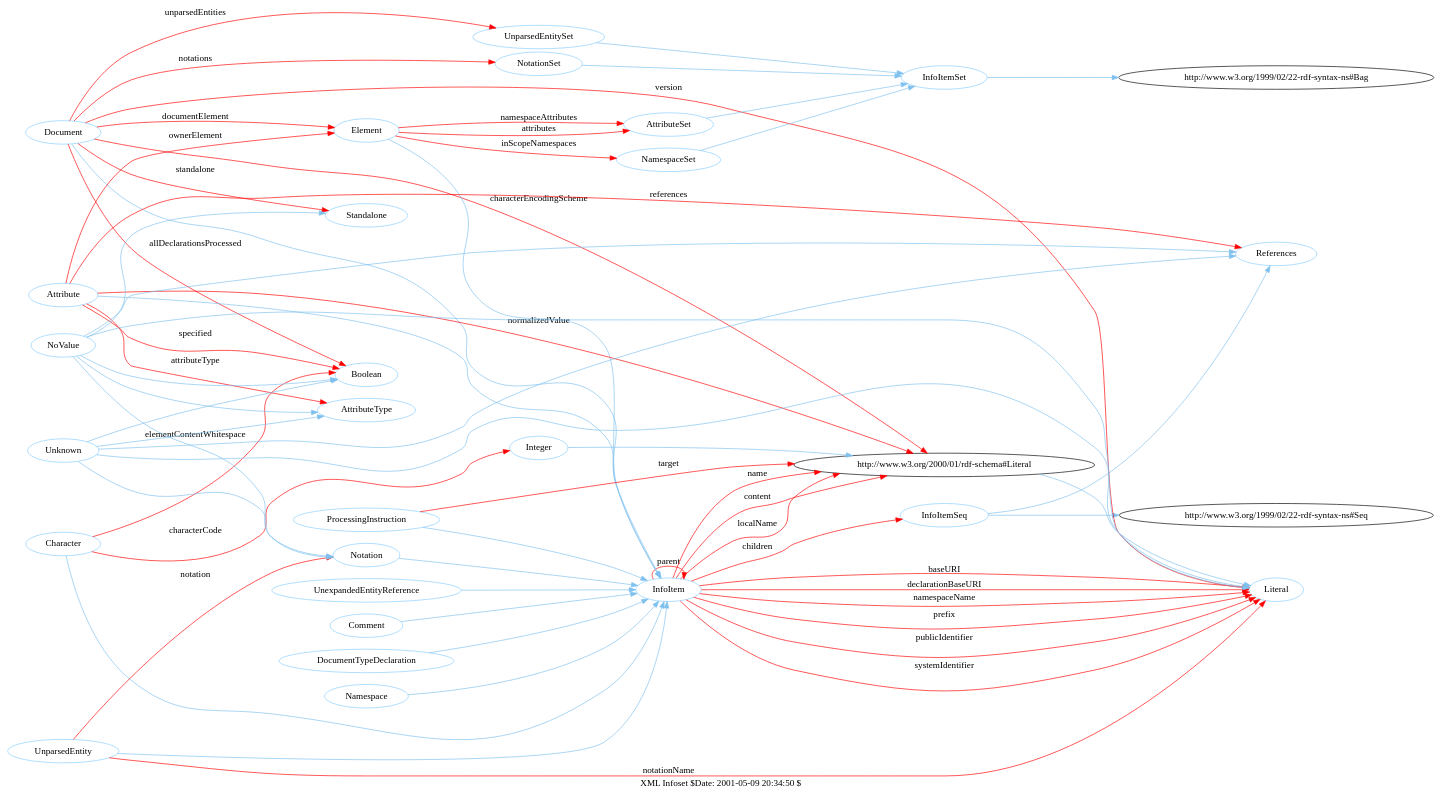
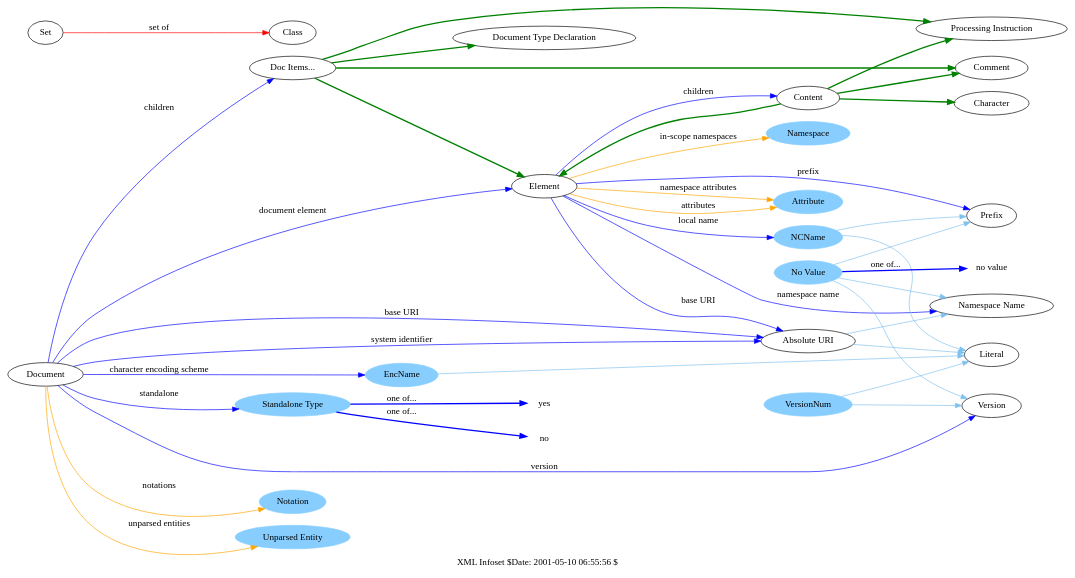
Before and after one commit to sbp/cwm: the diagram in infoset/infoset-diagram.dot, drawn with Graphviz. The commit also changed 3 other files, not shown here.

```diff
--- a/infoset/infoset-diagram.dot
+++ b/infoset/infoset-diagram.dot
@@ -1,301 +1,229 @@
 /* transformed by by Id: rdf2dot.xsl,v 1.10 2001/05/09 20:29:01 connolly Exp  */
-digraph N628 {
-label="XML Infoset $Date: 2001-05-09 20:34:50 $";
+digraph N957 {
+label="XML Infoset $Date: 2001-05-10 06:55:56 $";
 rankdir="LR";
-"http://www.w3.org/2001/04/infoset#InfoItem" [color="skyblue1",
-label="InfoItem",
+"http://www.w3.org/2001/04/infoset#Document" [label="Document",
 ];
-"http://www.w3.org/2001/04/infoset#InfoItem" -> "http://www.w3.org/2001/04/infoset#Literal" [ /* edge attributes */
-label="baseURI",
+"http://www.w3.org/2001/04/infoset#Document" -> "mid:infosetUtil#DocChildren" [ /* edge attributes */
+label="children",
+color="blue",
+];
+"http://www.w3.org/2001/04/infoset#Document" -> "http://www.w3.org/2001/04/infoset#Element" [ /* edge attributes */
+label="document element",
+color="blue",
+];
+"http://www.w3.org/2001/04/infoset#Document" -> "mid:infosetUtil#AbsoluteURI" [ /* edge attributes */
+label="base URI",
+color="blue",
+];
+"http://www.w3.org/2001/04/infoset#Document" -> "mid:infosetUtil#AbsoluteURI" [ /* edge attributes */
+label="system identifier",
+color="blue",
+];
+"http://www.w3.org/2001/04/infoset#Document" -> "mid:infosetUtil#EncName" [ /* edge attributes */
+label="character encoding scheme",
+color="blue",
+];
+"http://www.w3.org/2001/04/infoset#Document" -> "mid:infosetUtil#StandAloneType" [ /* edge attributes */
+label="standalone",
+color="blue",
+];
+"http://www.w3.org/2001/04/infoset#Document" -> "http://www.w3.org/2001/04/infoset#Version" [ /* edge attributes */
+label="version",
+color="blue",
+];
+"http://www.w3.org/2001/04/infoset#Document" -> "http://www.w3.org/2001/04/infoset#Notation" [ /* edge attributes */
+label="notations",
+color="orange",
+];
+"http://www.w3.org/2001/04/infoset#Document" -> "http://www.w3.org/2001/04/infoset#UnparsedEntity" [ /* edge attributes */
+label="unparsed entities",
+color="orange",
+];
+"mid:infosetUtil#Set" [label="Set",
+];
+"mid:infosetUtil#Set" -> "http://www.w3.org/2000/01/rdf-schema#Class" [ /* edge attributes */
+label="set of",
 color="red",
 ];
-"http://www.w3.org/2001/04/infoset#InfoItem" -> "http://www.w3.org/2001/04/infoset#InfoItemSeq" [ /* edge attributes */
+"http://www.w3.org/2000/01/rdf-schema#Class" [label="Class",
+];
+"mid:infosetUtil#DocChildren" [label="Doc Items...",
+];
+"mid:infosetUtil#DocChildren" -> "http://www.w3.org/2001/04/infoset#Element" [ /* edge attributes */
+color="green",
+style="bold",
+];
+"mid:infosetUtil#DocChildren" -> "http://www.w3.org/2001/04/infoset#ProcessingInstruction" [ /* edge attributes */
+color="green",
+style="bold",
+];
+"mid:infosetUtil#DocChildren" -> "http://www.w3.org/2001/04/infoset#Comment" [ /* edge attributes */
+color="green",
+style="bold",
+];
+"mid:infosetUtil#DocChildren" -> "http://www.w3.org/2001/04/infoset#DocumentTypeDeclaration" [ /* edge attributes */
+color="green",
+style="bold",
+];
+"http://www.w3.org/2001/04/infoset#Element" [label="Element",
+];
+"http://www.w3.org/2001/04/infoset#Element" -> "mid:infosetUtil#Content" [ /* edge attributes */
 label="children",
-color="red",
+color="blue",
 ];
-"http://www.w3.org/2001/04/infoset#InfoItem" -> "http://www.w3.org/2000/01/rdf-schema#Literal" [ /* edge attributes */
-label="content",
-color="red",
+"http://www.w3.org/2001/04/infoset#Element" -> "mid:infosetUtil#AbsoluteURI" [ /* edge attributes */
+label="base URI",
+color="blue",
 ];
-"http://www.w3.org/2001/04/infoset#InfoItem" -> "http://www.w3.org/2001/04/infoset#Literal" [ /* edge attributes */
-label="declarationBaseURI",
-color="red",
+"http://www.w3.org/2001/04/infoset#Element" -> "mid:infosetUtil#NamespaceName" [ /* edge attributes */
+label="namespace name",
+color="blue",
 ];
-"http://www.w3.org/2001/04/infoset#InfoItem" -> "http://www.w3.org/2000/01/rdf-schema#Literal" [ /* edge attributes */
-label="localName",
-color="red",
+"http://www.w3.org/2001/04/infoset#Element" -> "mid:infosetUtil#NCName" [ /* edge attributes */
+label="local name",
+color="blue",
 ];
-"http://www.w3.org/2001/04/infoset#InfoItem" -> "http://www.w3.org/2000/01/rdf-schema#Literal" [ /* edge attributes */
-label="name",
-color="red",
+"http://www.w3.org/2001/04/infoset#Element" -> "mid:infosetUtil#Prefix" [ /* edge attributes */
+label="prefix",
+color="blue",
 ];
-"http://www.w3.org/2001/04/infoset#InfoItem" -> "http://www.w3.org/2001/04/infoset#Literal" [ /* edge attributes */
-label="namespaceName",
-color="red",
+"http://www.w3.org/2001/04/infoset#Element" -> "http://www.w3.org/2001/04/infoset#Attribute" [ /* edge attributes */
+label="attributes",
+color="orange",
 ];
-"http://www.w3.org/2001/04/infoset#InfoItem" -> "http://www.w3.org/2001/04/infoset#InfoItem" [ /* edge attributes */
-label="parent",
-color="red",
+"http://www.w3.org/2001/04/infoset#Element" -> "http://www.w3.org/2001/04/infoset#Attribute" [ /* edge attributes */
+label="namespace attributes",
+color="orange",
 ];
-"http://www.w3.org/2001/04/infoset#InfoItem" -> "http://www.w3.org/2001/04/infoset#Literal" [ /* edge attributes */
-label="prefix",
-color="red",
+"http://www.w3.org/2001/04/infoset#Element" -> "http://www.w3.org/2001/04/infoset#Namespace" [ /* edge attributes */
+label="in-scope namespaces",
+color="orange",
 ];
-"http://www.w3.org/2001/04/infoset#InfoItem" -> "http://www.w3.org/2001/04/infoset#Literal" [ /* edge attributes */
-label="publicIdentifier",
-color="red",
+"mid:infosetUtil#Content" [label="Content",
 ];
-"http://www.w3.org/2001/04/infoset#InfoItem" -> "http://www.w3.org/2001/04/infoset#Literal" [ /* edge attributes */
-label="systemIdentifier",
-color="red",
+"mid:infosetUtil#Content" -> "http://www.w3.org/2001/04/infoset#Element" [ /* edge attributes */
+color="green",
+style="bold",
 ];
-"http://www.w3.org/2001/04/infoset#Document" [color="skyblue1",
-label="Document",
+"mid:infosetUtil#Content" -> "http://www.w3.org/2001/04/infoset#ProcessingInstruction" [ /* edge attributes */
+color="green",
+style="bold",
 ];
-"http://www.w3.org/2001/04/infoset#Document" -> "http://www.w3.org/2001/04/infoset#InfoItem" [ /* edge attributes */
+"mid:infosetUtil#Content" -> "http://www.w3.org/2001/04/infoset#Character" [ /* edge attributes */
+color="green",
+style="bold",
+];
+"mid:infosetUtil#Content" -> "http://www.w3.org/2001/04/infoset#Comment" [ /* edge attributes */
+color="green",
+style="bold",
+];
+"mid:infosetUtil#AbsoluteURI" [label="Absolute URI",
+];
+"mid:infosetUtil#AbsoluteURI" -> "http://www.w3.org/2000/01/rdf-schema#Literal" [ /* edge attributes */
 color="skyblue2",
 ];
-"http://www.w3.org/2001/04/infoset#Document" -> "http://www.w3.org/2001/04/infoset#Boolean" [ /* edge attributes */
-label="allDeclarationsProcessed",
-color="red",
-];
-"http://www.w3.org/2001/04/infoset#Document" -> "http://www.w3.org/2000/01/rdf-schema#Literal" [ /* edge attributes */
-label="characterEncodingScheme",
-color="red",
-];
-"http://www.w3.org/2001/04/infoset#Document" -> "http://www.w3.org/2001/04/infoset#Element" [ /* edge attributes */
-label="documentElement",
-color="red",
-];
-"http://www.w3.org/2001/04/infoset#Document" -> "http://www.w3.org/2001/04/infoset#UnparsedEntitySet" [ /* edge attributes */
-label="unparsedEntities",
-color="red",
-];
-"http://www.w3.org/2001/04/infoset#Document" -> "http://www.w3.org/2001/04/infoset#NotationSet" [ /* edge attributes */
-label="notations",
-color="red",
-];
-"http://www.w3.org/2001/04/infoset#Document" -> "http://www.w3.org/2001/04/infoset#Standalone" [ /* edge attributes */
-label="standalone",
-color="red",
-];
-"http://www.w3.org/2001/04/infoset#Document" -> "http://www.w3.org/2001/04/infoset#Literal" [ /* edge attributes */
-label="version",
-color="red",
-];
-"http://www.w3.org/2001/04/infoset#Boolean" [color="skyblue1",
-label="Boolean",
-];
-"http://www.w3.org/2001/04/infoset#Element" [color="skyblue1",
-label="Element",
-];
-"http://www.w3.org/2001/04/infoset#Element" -> "http://www.w3.org/2001/04/infoset#InfoItem" [ /* edge attributes */
+"mid:infosetUtil#AbsoluteURI" -> "mid:infosetUtil#NamespaceName" [ /* edge attributes */
 color="skyblue2",
 ];
-"http://www.w3.org/2001/04/infoset#Element" -> "http://www.w3.org/2001/04/infoset#AttributeSet" [ /* edge attributes */
-label="attributes",
-color="red",
+"mid:infosetUtil#EncName" [color="skyblue1",
+style="filled",
+label="EncName",
 ];
-"http://www.w3.org/2001/04/infoset#Element" -> "http://www.w3.org/2001/04/infoset#AttributeSet" [ /* edge attributes */
-label="namespaceAttributes",
-color="red",
-];
-"http://www.w3.org/2001/04/infoset#Element" -> "http://www.w3.org/2001/04/infoset#NamespaceSet" [ /* edge attributes */
-label="inScopeNamespaces",
-color="red",
-];
-"http://www.w3.org/2001/04/infoset#AttributeSet" [color="skyblue1",
-label="AttributeSet",
-];
-"http://www.w3.org/2001/04/infoset#AttributeSet" -> "http://www.w3.org/2001/04/infoset#InfoItemSet" [ /* edge attributes */
+"mid:infosetUtil#EncName" -> "http://www.w3.org/2000/01/rdf-schema#Literal" [ /* edge attributes */
 color="skyblue2",
 ];
-"http://www.w3.org/2001/04/infoset#Attribute" [color="skyblue1",
-label="Attribute",
+"mid:infosetUtil#StandAloneType" [color="skyblue1",
+style="filled",
+label="Standalone Type",
 ];
-"http://www.w3.org/2001/04/infoset#Attribute" -> "http://www.w3.org/2001/04/infoset#InfoItem" [ /* edge attributes */
+"mid:infosetUtil#StandAloneType" -> "http://www.w3.org/2001/04/infoset#yes" [ /* edge attributes */
+label="one of...",
+color="blue",
+style="bold",
+];
+"mid:infosetUtil#StandAloneType" -> "http://www.w3.org/2001/04/infoset#no" [ /* edge attributes */
+label="one of...",
+color="blue",
+style="bold",
+];
+"http://www.w3.org/2001/04/infoset#Version" [label="Version",
+];
+"mid:infosetUtil#NamespaceName" [label="Namespace Name",
+];
+"mid:infosetUtil#NCName" [color="skyblue1",
+style="filled",
+label="NCName",
+];
+"mid:infosetUtil#NCName" -> "http://www.w3.org/2000/01/rdf-schema#Literal" [ /* edge attributes */
 color="skyblue2",
 ];
-"http://www.w3.org/2001/04/infoset#Attribute" -> "http://www.w3.org/2001/04/infoset#AttributeType" [ /* edge attributes */
-label="attributeType",
-color="red",
-];
-"http://www.w3.org/2001/04/infoset#Attribute" -> "http://www.w3.org/2000/01/rdf-schema#Literal" [ /* edge attributes */
-label="normalizedValue",
-color="red",
-];
-"http://www.w3.org/2001/04/infoset#Attribute" -> "http://www.w3.org/2001/04/infoset#Element" [ /* edge attributes */
-label="ownerElement",
-color="red",
-];
-"http://www.w3.org/2001/04/infoset#Attribute" -> "http://www.w3.org/2001/04/infoset#References" [ /* edge attributes */
-label="references",
-color="red",
-];
-"http://www.w3.org/2001/04/infoset#Attribute" -> "http://www.w3.org/2001/04/infoset#Boolean" [ /* edge attributes */
-label="specified",
-color="red",
-];
-"http://www.w3.org/2001/04/infoset#AttributeType" [color="skyblue1",
-label="AttributeType",
-];
-"http://www.w3.org/2001/04/infoset#Literal" [color="skyblue1",
-label="Literal",
-];
-"http://www.w3.org/2001/04/infoset#Character" [color="skyblue1",
-label="Character",
-];
-"http://www.w3.org/2001/04/infoset#Character" -> "http://www.w3.org/2001/04/infoset#InfoItem" [ /* edge attributes */
+"mid:infosetUtil#NCName" -> "mid:infosetUtil#Prefix" [ /* edge attributes */
 color="skyblue2",
 ];
-"http://www.w3.org/2001/04/infoset#Character" -> "http://www.w3.org/2001/04/infoset#Integer" [ /* edge attributes */
-label="characterCode",
-color="red",
+"mid:infosetUtil#Prefix" [label="Prefix",
 ];
-"http://www.w3.org/2001/04/infoset#Character" -> "http://www.w3.org/2001/04/infoset#Boolean" [ /* edge attributes */
-label="elementContentWhitespace",
-color="red",
+"http://www.w3.org/2001/04/infoset#Notation" [label="Notation",
+color="skyblue1",
+style="filled",
 ];
-"http://www.w3.org/2001/04/infoset#Integer" [color="skyblue1",
-label="Integer",
+"http://www.w3.org/2001/04/infoset#UnparsedEntity" [label="Unparsed Entity",
+color="skyblue1",
+style="filled",
 ];
-"http://www.w3.org/2001/04/infoset#Integer" -> "http://www.w3.org/2000/01/rdf-schema#Literal" [ /* edge attributes */
+"http://www.w3.org/2001/04/infoset#Attribute" [label="Attribute",
+color="skyblue1",
+style="filled",
+];
+"http://www.w3.org/2001/04/infoset#Namespace" [label="Namespace",
+color="skyblue1",
+style="filled",
+];
+"http://www.w3.org/2001/04/infoset#ProcessingInstruction" [label="Processing Instruction",
+];
+"http://www.w3.org/2001/04/infoset#yes" [label="yes",
+shape="plaintext",
+];
+"http://www.w3.org/2001/04/infoset#no" [label="no",
+shape="plaintext",
+];
+"mid:infosetUtil#NoValue" [color="skyblue1",
+style="filled",
+label="No Value",
+];
+"mid:infosetUtil#NoValue" -> "http://www.w3.org/2001/04/infoset#Version" [ /* edge attributes */
 color="skyblue2",
 ];
-"http://www.w3.org/2000/01/rdf-schema#Literal" [];
-"http://www.w3.org/2000/01/rdf-schema#Literal" -> "http://www.w3.org/2001/04/infoset#Literal" [ /* edge attributes */
+"mid:infosetUtil#NoValue" -> "mid:infosetUtil#NamespaceName" [ /* edge attributes */
 color="skyblue2",
 ];
-"http://www.w3.org/2001/04/infoset#InfoItemSeq" [color="skyblue1",
-label="InfoItemSeq",
-];
-"http://www.w3.org/2001/04/infoset#InfoItemSeq" -> "http://www.w3.org/1999/02/22-rdf-syntax-ns#Seq" [ /* edge attributes */
+"mid:infosetUtil#NoValue" -> "mid:infosetUtil#Prefix" [ /* edge attributes */
 color="skyblue2",
 ];
-"http://www.w3.org/2001/04/infoset#InfoItemSeq" -> "http://www.w3.org/2001/04/infoset#References" [ /* edge attributes */
+"mid:infosetUtil#NoValue" -> "http://www.w3.org/2001/04/infoset#noValue" [ /* edge attributes */
+label="one of...",
+color="blue",
+style="bold",
+];
+"http://www.w3.org/2001/04/infoset#noValue" [label="no value",
+shape="plaintext",
+];
+"http://www.w3.org/2000/01/rdf-schema#Literal" [label="Literal",
+];
+"mid:infosetUtil#VersionNum" [color="skyblue1",
+style="filled",
+label="VersionNum",
+];
+"mid:infosetUtil#VersionNum" -> "http://www.w3.org/2000/01/rdf-schema#Literal" [ /* edge attributes */
 color="skyblue2",
 ];
-"http://www.w3.org/2001/04/infoset#UnparsedEntitySet" [color="skyblue1",
-label="UnparsedEntitySet",
-];
-"http://www.w3.org/2001/04/infoset#UnparsedEntitySet" -> "http://www.w3.org/2001/04/infoset#InfoItemSet" [ /* edge attributes */
+"mid:infosetUtil#VersionNum" -> "http://www.w3.org/2001/04/infoset#Version" [ /* edge attributes */
 color="skyblue2",
 ];
-"http://www.w3.org/2001/04/infoset#NamespaceSet" [color="skyblue1",
-label="NamespaceSet",
+"http://www.w3.org/2001/04/infoset#Comment" [label="Comment",
 ];
-"http://www.w3.org/2001/04/infoset#NamespaceSet" -> "http://www.w3.org/2001/04/infoset#InfoItemSet" [ /* edge attributes */
-color="skyblue2",
+"http://www.w3.org/2001/04/infoset#Character" [label="Character",
 ];
-"http://www.w3.org/2001/04/infoset#UnparsedEntity" [color="skyblue1",
-label="UnparsedEntity",
-];
-"http://www.w3.org/2001/04/infoset#UnparsedEntity" -> "http://www.w3.org/2001/04/infoset#InfoItem" [ /* edge attributes */
-color="skyblue2",
-];
-"http://www.w3.org/2001/04/infoset#UnparsedEntity" -> "http://www.w3.org/2001/04/infoset#Notation" [ /* edge attributes */
-label="notation",
-color="red",
-];
-"http://www.w3.org/2001/04/infoset#UnparsedEntity" -> "http://www.w3.org/2001/04/infoset#Literal" [ /* edge attributes */
-label="notationName",
-color="red",
-];
-"http://www.w3.org/2001/04/infoset#Notation" [color="skyblue1",
-label="Notation",
-];
-"http://www.w3.org/2001/04/infoset#Notation" -> "http://www.w3.org/2001/04/infoset#InfoItem" [ /* edge attributes */
-color="skyblue2",
-];
-"http://www.w3.org/2001/04/infoset#NotationSet" [color="skyblue1",
-label="NotationSet",
-];
-"http://www.w3.org/2001/04/infoset#NotationSet" -> "http://www.w3.org/2001/04/infoset#InfoItemSet" [ /* edge attributes */
-color="skyblue2",
-];
-"http://www.w3.org/2001/04/infoset#References" [color="skyblue1",
-label="References",
-];
-"http://www.w3.org/2001/04/infoset#Standalone" [color="skyblue1",
-label="Standalone",
-];
-"http://www.w3.org/2001/04/infoset#ProcessingInstruction" [color="skyblue1",
-label="ProcessingInstruction",
-];
-"http://www.w3.org/2001/04/infoset#ProcessingInstruction" -> "http://www.w3.org/2001/04/infoset#InfoItem" [ /* edge attributes */
-color="skyblue2",
-];
-"http://www.w3.org/2001/04/infoset#ProcessingInstruction" -> "http://www.w3.org/2000/01/rdf-schema#Literal" [ /* edge attributes */
-label="target",
-color="red",
-];
-"http://www.w3.org/2001/04/infoset#InfoItemSet" [color="skyblue1",
-label="InfoItemSet",
-];
-"http://www.w3.org/2001/04/infoset#InfoItemSet" -> "http://www.w3.org/1999/02/22-rdf-syntax-ns#Bag" [ /* edge attributes */
-color="skyblue2",
-];
-"http://www.w3.org/2001/04/infoset#UnexpandedEntityReference" [color="skyblue1",
-label="UnexpandedEntityReference",
-];
-"http://www.w3.org/2001/04/infoset#UnexpandedEntityReference" -> "http://www.w3.org/2001/04/infoset#InfoItem" [ /* edge attributes */
-color="skyblue2",
-];
-"http://www.w3.org/2001/04/infoset#Comment" [color="skyblue1",
-label="Comment",
-];
-"http://www.w3.org/2001/04/infoset#Comment" -> "http://www.w3.org/2001/04/infoset#InfoItem" [ /* edge attributes */
-color="skyblue2",
-];
-"http://www.w3.org/2001/04/infoset#DocumentTypeDeclaration" [color="skyblue1",
-label="DocumentTypeDeclaration",
-];
-"http://www.w3.org/2001/04/infoset#DocumentTypeDeclaration" -> "http://www.w3.org/2001/04/infoset#InfoItem" [ /* edge attributes */
-color="skyblue2",
-];
-"http://www.w3.org/2001/04/infoset#Namespace" [color="skyblue1",
-label="Namespace",
-];
-"http://www.w3.org/2001/04/infoset#Namespace" -> "http://www.w3.org/2001/04/infoset#InfoItem" [ /* edge attributes */
-color="skyblue2",
-];
-"http://www.w3.org/2001/04/infoset#Unknown" [color="skyblue1",
-label="Unknown",
-];
-"http://www.w3.org/2001/04/infoset#Unknown" -> "http://www.w3.org/2001/04/infoset#AttributeType" [ /* edge attributes */
-color="skyblue2",
-];
-"http://www.w3.org/2001/04/infoset#Unknown" -> "http://www.w3.org/2001/04/infoset#Literal" [ /* edge attributes */
-color="skyblue2",
-];
-"http://www.w3.org/2001/04/infoset#Unknown" -> "http://www.w3.org/2001/04/infoset#Boolean" [ /* edge attributes */
-color="skyblue2",
-];
-"http://www.w3.org/2001/04/infoset#Unknown" -> "http://www.w3.org/2001/04/infoset#Notation" [ /* edge attributes */
-color="skyblue2",
-];
-"http://www.w3.org/2001/04/infoset#Unknown" -> "http://www.w3.org/2001/04/infoset#References" [ /* edge attributes */
-color="skyblue2",
-];
-"http://www.w3.org/2001/04/infoset#NoValue" [color="skyblue1",
-label="NoValue",
-];
-"http://www.w3.org/2001/04/infoset#NoValue" -> "http://www.w3.org/2001/04/infoset#AttributeType" [ /* edge attributes */
-color="skyblue2",
-];
-"http://www.w3.org/2001/04/infoset#NoValue" -> "http://www.w3.org/2001/04/infoset#Literal" [ /* edge attributes */
-color="skyblue2",
-];
-"http://www.w3.org/2001/04/infoset#NoValue" -> "http://www.w3.org/2001/04/infoset#Boolean" [ /* edge attributes */
-color="skyblue2",
-];
-"http://www.w3.org/2001/04/infoset#NoValue" -> "http://www.w3.org/2001/04/infoset#Standalone" [ /* edge attributes */
-color="skyblue2",
-];
-"http://www.w3.org/2001/04/infoset#NoValue" -> "http://www.w3.org/2001/04/infoset#Notation" [ /* edge attributes */
-color="skyblue2",
-];
-"http://www.w3.org/2001/04/infoset#NoValue" -> "http://www.w3.org/2001/04/infoset#References" [ /* edge attributes */
-color="skyblue2",
+"http://www.w3.org/2001/04/infoset#DocumentTypeDeclaration" [label="Document Type Declaration",
 ];
 }
```
